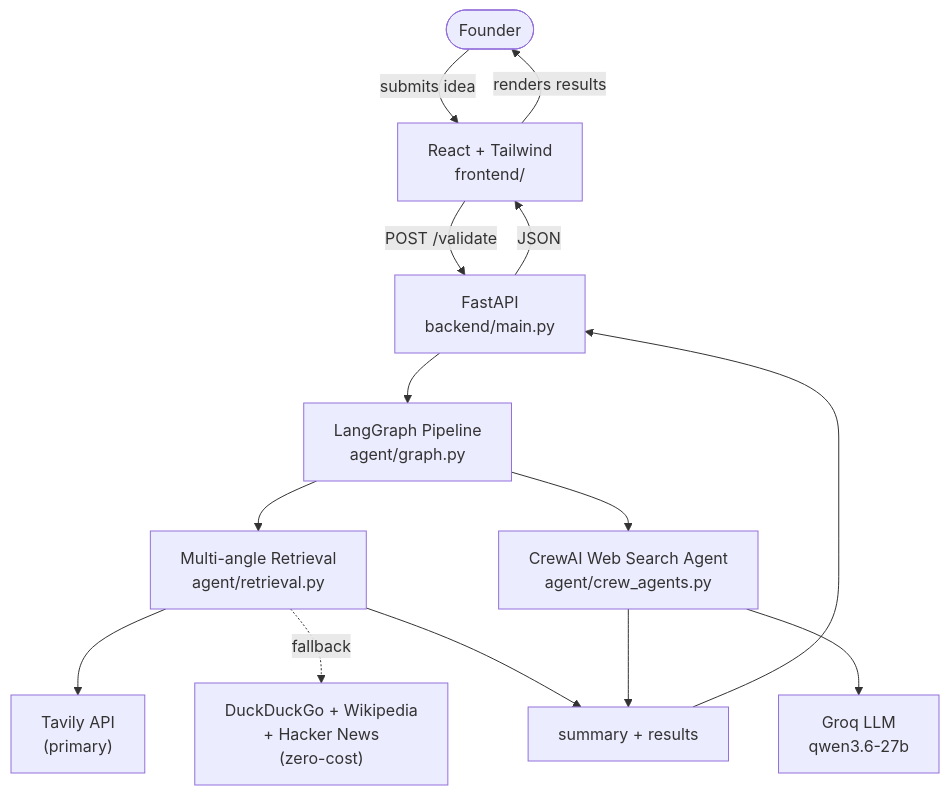
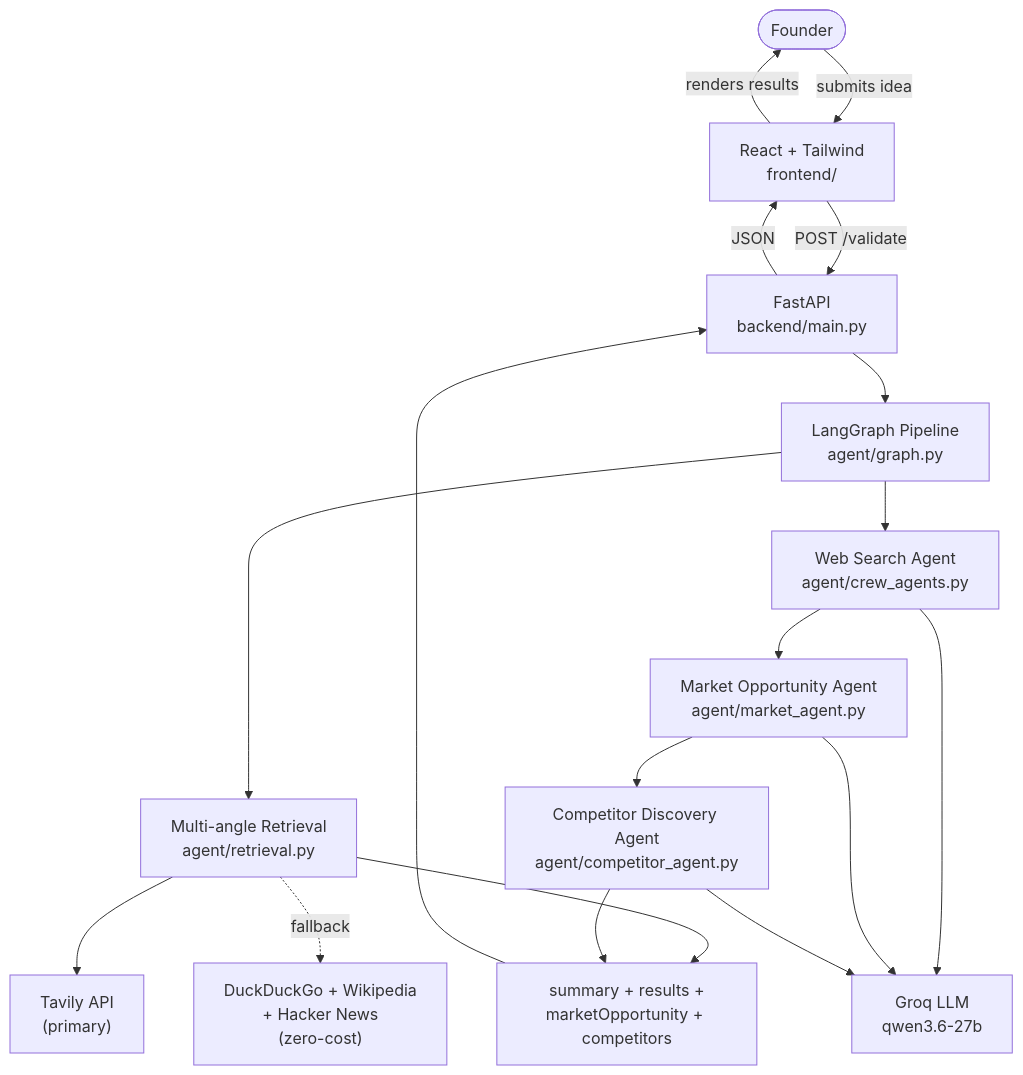
The diagram in README.md (Yasaswini-ch/Development-of-AI-Based-Startup-Idea-Validator-with-Market-Analysis-Assistance), drawn with Mermaid before and after one commit. The commit also changed other lines of this file and 1 other file, not shown here.

First line of the commit message:
Update docs for Milestone 2: Market Opportunity + Competitor agents

````diff
--- a/README.md
+++ b/README.md
@@ -22,19 +23,23 @@
 ```mermaid
 flowchart TD
     User(["Founder"]) -->|submits idea| Frontend["React + Tailwind\nfrontend/"]
     Frontend -->|POST /validate| Backend["FastAPI\nbackend/main.py"]
     Backend --> Pipeline["LangGraph Pipeline\nagent/graph.py"]
 
     Pipeline --> Retrieval["Multi-angle Retrieval\nagent/retrieval.py"]
     Retrieval --> Tavily["Tavily API\n(primary)"]
     Retrieval -.fallback.-> Free["DuckDuckGo + Wikipedia\n+ Hacker News\n(zero-cost)"]
 
-    Pipeline --> Crew["CrewAI Web Search Agent\nagent/crew_agents.py"]
-    Crew --> LLM["Groq LLM\nqwen3.6-27b"]
+    Pipeline --> WS["Web Search Agent\nagent/crew_agents.py"]
+    WS --> MO["Market Opportunity Agent\nagent/market_agent.py"]
+    MO --> CD["Competitor Discovery Agent\nagent/competitor_agent.py"]
+    WS --> LLM["Groq LLM\nqwen3.6-27b"]
+    MO --> LLM
+    CD --> LLM
 
-    Retrieval --> Response["summary + results"]
-    Crew --> Response
+    Retrieval --> Response["summary + results +\nmarketOpportunity + competitors"]
+    CD --> Response
     Response --> Backend
     Backend -->|JSON| Frontend
     Frontend -->|renders results| User
 ```
````
